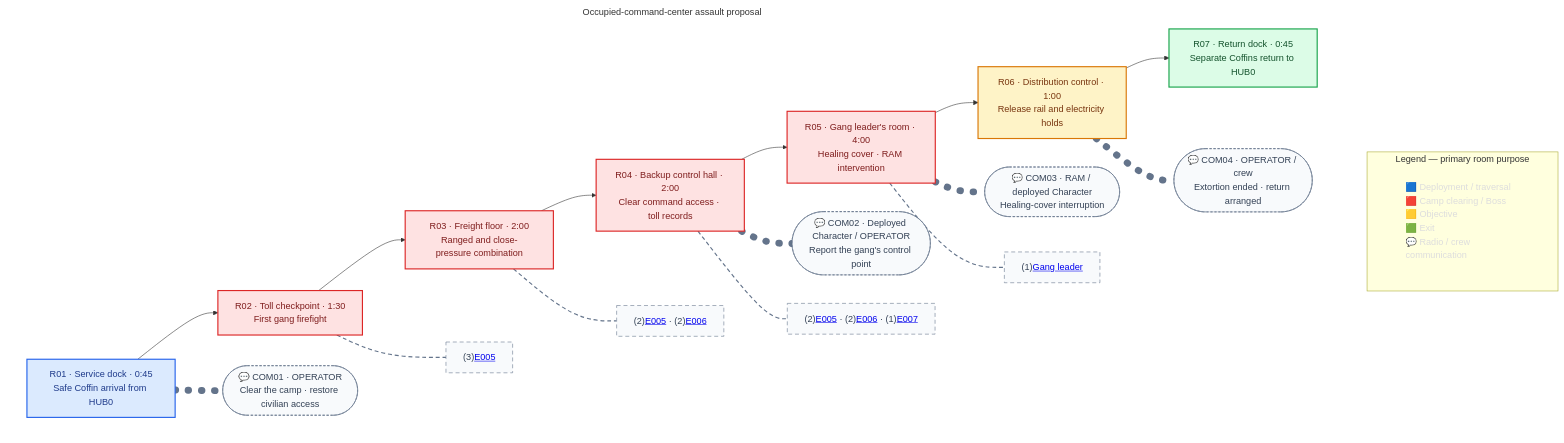
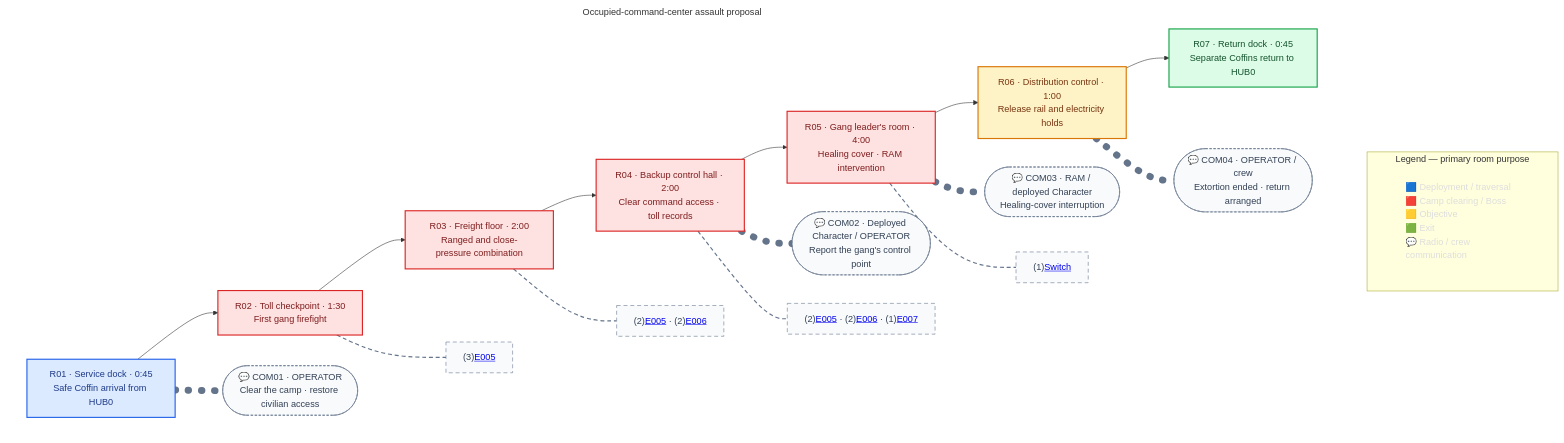
The diagram in missions/m03.md (justgook/imprint-zero), drawn with Mermaid before and after one commit. The commit also changed other lines of this file and 4 other files, not shown here.

````diff
--- a/missions/m03.md
+++ b/missions/m03.md
@@ -49,45 +49,45 @@
 ```mermaid
 flowchart TB
     subgraph Legend[Legend — primary room purpose]
         L["🟦 Deployment / traversal<br/>🟥 Camp clearing / Boss<br/>🟨 Objective<br/>🟩 Exit<br/>💬 Radio / crew communication"]
     end
 
     subgraph Route[Occupied-command-center assault proposal]
         direction LR
         R01["R01 · Service dock · 0:45<br/>Safe Coffin arrival from HUB0"] --> R02["R02 · Toll checkpoint · 1:30<br/>First gang firefight"]
         R02 --> R03["R03 · Freight floor · 2:00<br/>Ranged and close-pressure combination"]
         R03 --> R04["R04 · Backup control hall · 2:00<br/>Clear command access · toll records"]
         R04 --> R05["R05 · Gang leader's room · 4:00<br/>Healing cover · RAM intervention"]
         R05 --> R06["R06 · Distribution control · 1:00<br/>Release rail and electricity holds"]
         R06 --> R07["R07 · Return dock · 0:45<br/>Separate Coffins return to HUB0"]
 
         R01 -.- COM01(["💬 COM01 · OPERATOR<br/>Clear the camp · restore civilian access"])
         R04 -.- COM02(["💬 COM02 · Deployed Character / OPERATOR<br/>Report the gang's control point"])
         R05 -.- COM03(["💬 COM03 · RAM / deployed Character<br/>Healing-cover interruption"])
         R06 -.- COM04(["💬 COM04 · OPERATOR / crew<br/>Extortion ended · return arranged"])
 
         R02 -.- C02["(3)<a href='#/enemies/e005'>E005</a>"]
         R03 -.- C03["(2)<a href='#/enemies/e005'>E005</a> · (2)<a href='#/enemies/e006'>E006</a>"]
         R04 -.- C04["(2)<a href='#/enemies/e005'>E005</a> · (2)<a href='#/enemies/e006'>E006</a> · (1)<a href='#/enemies/e007'>E007</a>"]
-        R05 -.- C05["(1)<a href='#/bosses/tollkeeper'>Gang leader</a>"]
+        R05 -.- C05["(1)<a href='#/bosses/tollkeeper'>Switch</a>"]
     end
 
     classDef deployment fill:#dbeafe,stroke:#2563eb,color:#1e3a8a,stroke-width:2px;
     classDef combat fill:#fee2e2,stroke:#dc2626,color:#7f1d1d,stroke-width:2px;
     classDef objective fill:#fef3c7,stroke:#d97706,color:#78350f,stroke-width:2px;
     classDef exit fill:#dcfce7,stroke:#16a34a,color:#14532d,stroke-width:2px;
     classDef communication fill:#f8fafc,stroke:#64748b,color:#334155,stroke-width:1px,stroke-dasharray:4 3;
     classDef roomContent fill:#f8fafc,stroke:#64748b,color:#334155,stroke-width:1px,stroke-dasharray:7 5;
     classDef legend fill:none,stroke:none,color:#ddd,text-align:left;
 
     class R01 deployment;
     class R02,R03,R04,R05 combat;
     class R06 objective;
     class R07 exit;
     class COM01,COM02,COM03,COM04 communication;
     class C02,C03,C04,C05 roomContent;
     class L legend;
     linkStyle 6,7,8,9 stroke:#64748b,stroke-width:12px,stroke-dasharray:1 22,stroke-linecap:round;
     linkStyle 10,11,12,13 stroke:#64748b,stroke-width:2px,stroke-dasharray:7 5;
     style Route fill:none,stroke:none;
 ```
````
